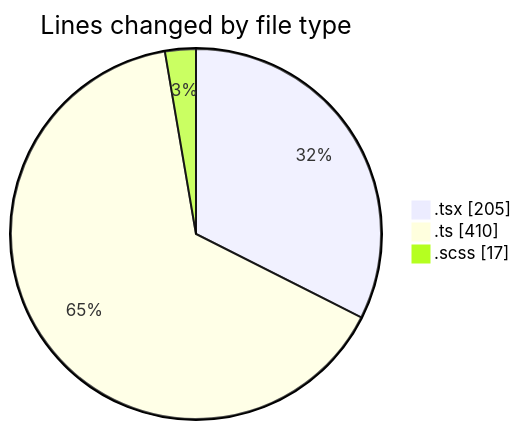
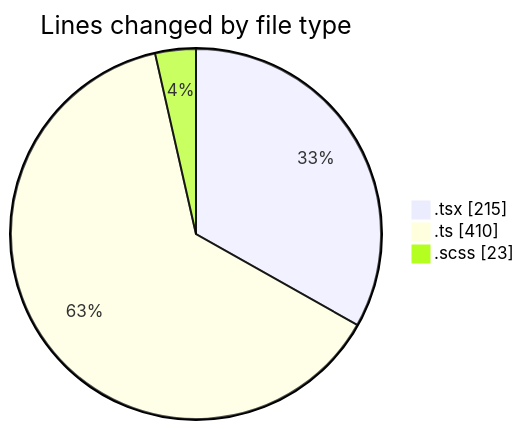
One commit to momahboobian/code-tracking changed the first of 2 diagrams in 2026-03-26/cda/README.md. Above: the diagram before and after it, drawn with Mermaid. The commit also changed other lines of this file and 1 other file, not shown here.

````diff
--- a/2026-03-26/cda/README.md
+++ b/2026-03-26/cda/README.md
@@ -23,7 +23,7 @@
 ```mermaid
 pie showData
 title Lines changed by file type
-".tsx" : 205
+".tsx" : 215
 ".ts" : 410
-".scss" : 17
+".scss" : 23
 ```
````
